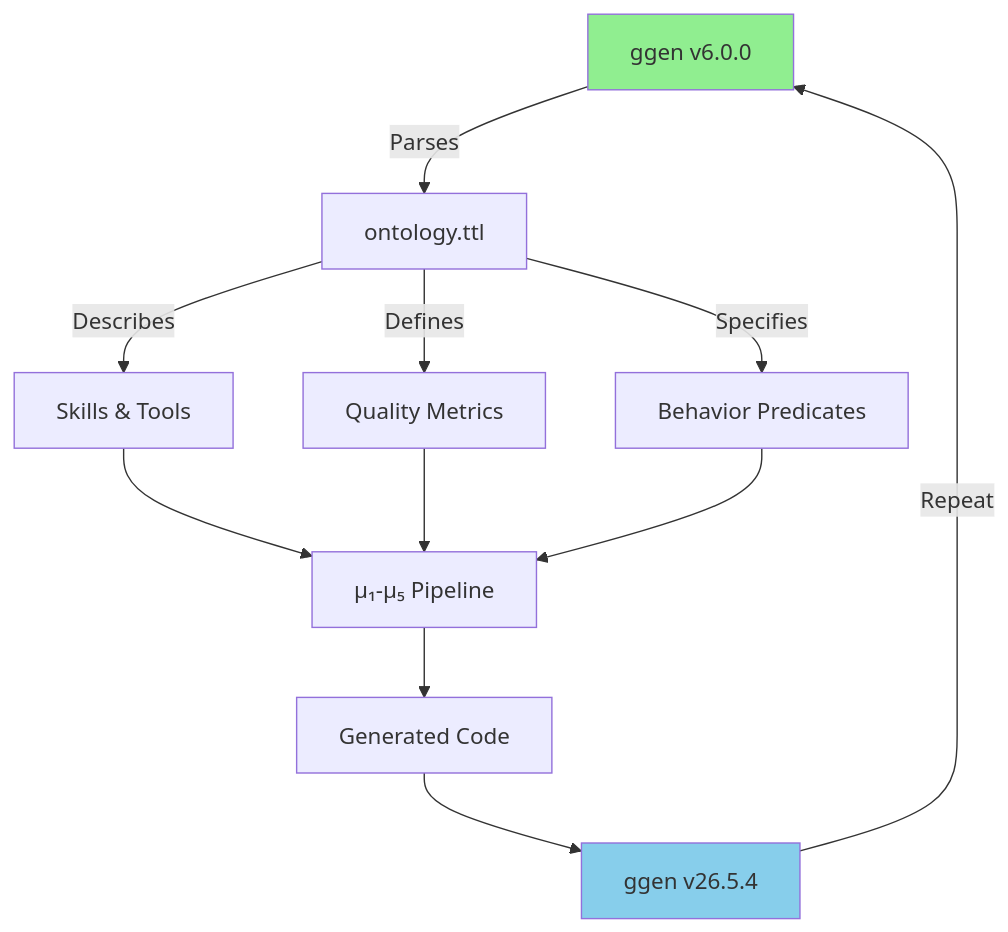
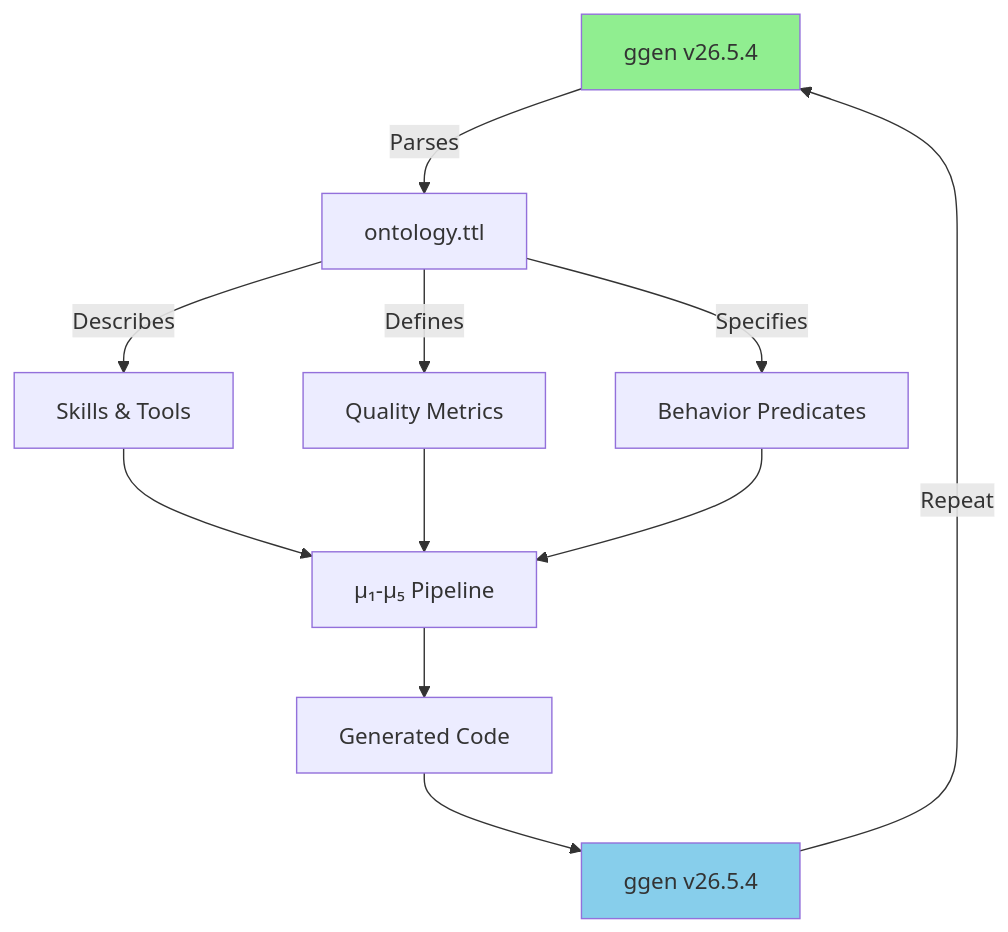
The second of 2 diagrams in examples/self-play/README.md (seanchatmangpt/ggen), drawn with Mermaid before and after one commit. The commit also changed other lines of this file and 89 other files, not shown here.

````diff
--- a/examples/self-play/README.md
+++ b/examples/self-play/README.md
@@ -39,18 +39,18 @@
 ```mermaid
 graph TD
-    A[ggen v6.0.0] -->|Parses| B[ontology.ttl]
+    A[ggen v26.5.4] -->|Parses| B[ontology.ttl]
     B -->|Describes| C[Skills & Tools]
     B -->|Defines| D[Quality Metrics]
     B -->|Specifies| E[Behavior Predicates]
 
     C --> F[μ₁-μ₅ Pipeline]
     D --> F
     E --> F
 
     F --> G[Generated Code]
     G --> H[ggen v26.5.4]
     H -->|Repeat| A
 
     style A fill:#90EE90
     style H fill:#87CEEB
 ```
````
